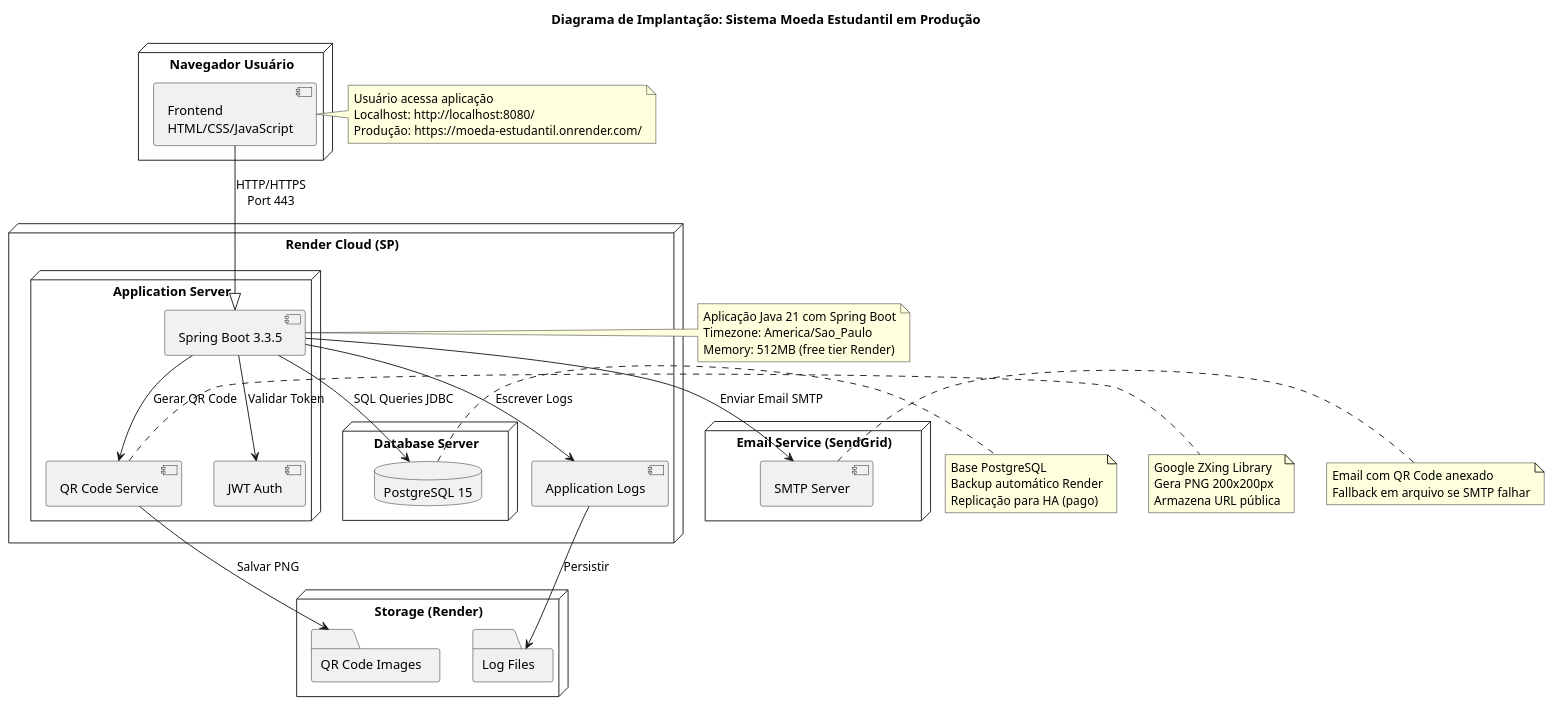
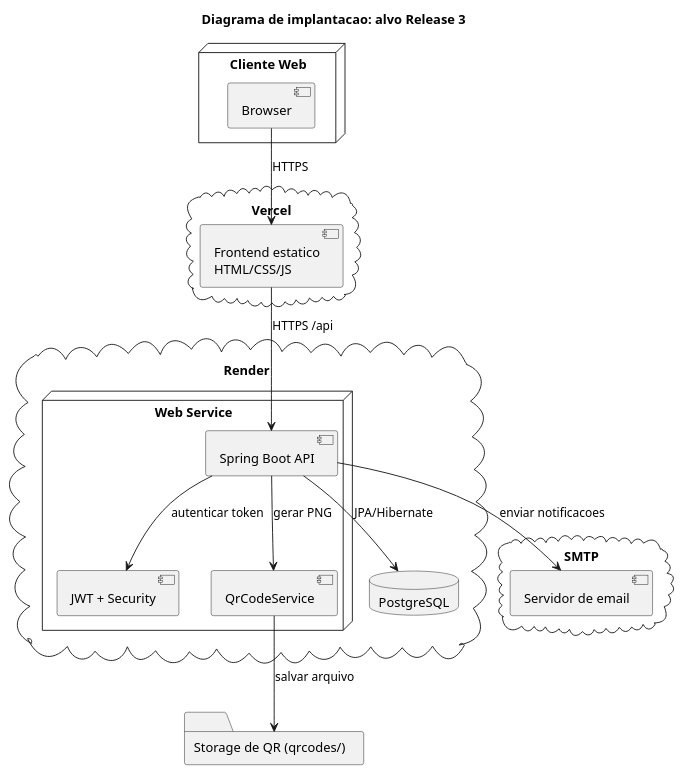
The diagram in uml/diagrama-implantacao.puml (Gabriel200481/lab-final-projeto-de-software), drawn with PlantUML before and after one commit. The commit also changed 118 other files, not shown here.

```diff
--- a/uml/diagrama-implantacao.puml
+++ b/uml/diagrama-implantacao.puml
@@ -1,70 +1,35 @@
-@startuml Diagrama de Implantação - Arquitetura Cloud
+@startuml diagrama-implantacao
+title Diagrama de implantacao: alvo Release 3
 
-title Diagrama de Implantação: Sistema Moeda Estudantil em Produção
-
-node "Navegador Usuário" {
-    component [Frontend\nHTML/CSS/JavaScript] as frontend
+node "Cliente Web" {
+  component "Browser" as browser
 }
 
-node "Render Cloud (SP)" {
-    node "Application Server" {
-        component [Spring Boot 3.3.5] as spring_app
-        component [JWT Auth] as jwt
-        component [QR Code Service] as qr_service
-    }
-    
-    node "Database Server" {
-        database "PostgreSQL 15" as pg_db
-    }
-    
-    component [Application Logs] as app_logs
+cloud "Vercel" {
+  component "Frontend estatico\nHTML/CSS/JS" as fe
 }
 
-node "Email Service (SendGrid)" {
-    component [SMTP Server] as smtp
+cloud "Render" {
+  node "Web Service" {
+    component "Spring Boot API" as api
+    component "JWT + Security" as sec
+    component "QrCodeService" as qr
+  }
+  database "PostgreSQL" as db
 }
 
-node "Storage (Render)" {
-    folder "QR Code Images" as qr_storage
-    folder "Log Files" as log_storage
+cloud "SMTP" {
+  component "Servidor de email" as smtp
 }
 
-frontend --|> spring_app : HTTP/HTTPS\nPort 443
-spring_app --> jwt : Validar Token
-spring_app --> pg_db : SQL Queries JDBC
-spring_app --> qr_service : Gerar QR Code
-qr_service --> qr_storage : Salvar PNG
-spring_app --> app_logs : Escrever Logs
-app_logs --> log_storage : Persistir
-spring_app --> smtp : Enviar Email SMTP
+folder "Storage de QR (qrcodes/)" as storage
 
-note right of frontend
-  Usuário acessa aplicação
-  Localhost: http://localhost:8080/
-  Produção: https://moeda-estudantil.onrender.com/
-end note
-
-note right of spring_app
-  Aplicação Java 21 com Spring Boot
-  Timezone: America/Sao_Paulo
-  Memory: 512MB (free tier Render)
-end note
-
-note right of pg_db
-  Base PostgreSQL
-  Backup automático Render
-  Replicação para HA (pago)
-end note
-
-note right of qr_service
-  Google ZXing Library
-  Gera PNG 200x200px
-  Armazena URL pública
-end note
-
-note right of smtp
-  Email com QR Code anexado
-  Fallback em arquivo se SMTP falhar
-end note
+browser --> fe : HTTPS
+fe --> api : HTTPS /api
+api --> sec : autenticar token
+api --> db : JPA/Hibernate
+api --> qr : gerar PNG
+qr --> storage : salvar arquivo
+api --> smtp : enviar notificacoes
 
 @enduml
```
